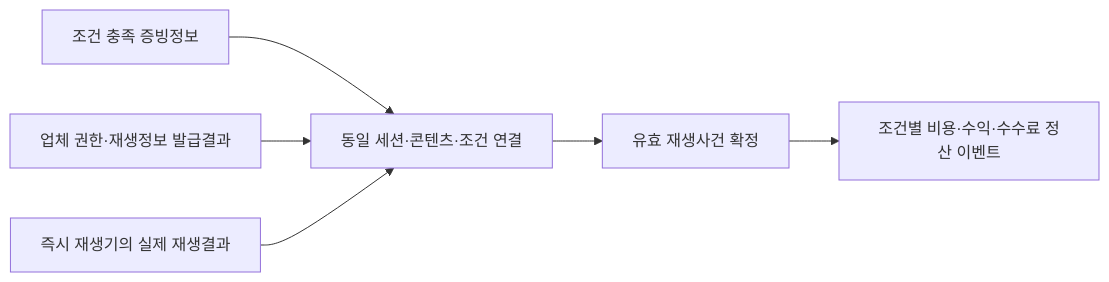
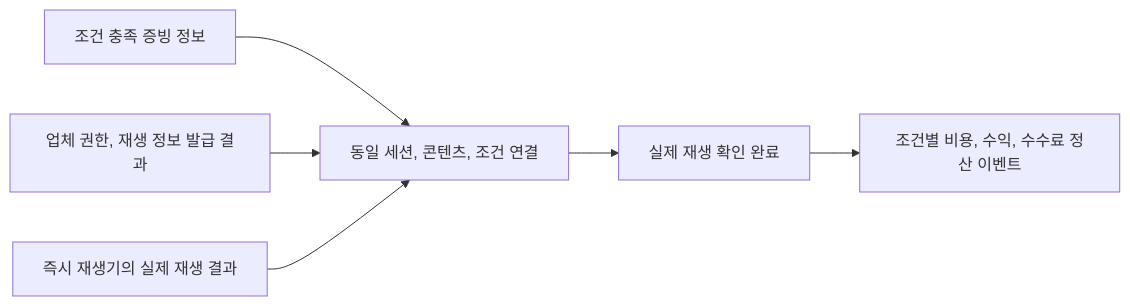
One commit to growdai1y/instant-play changed the fifth of 11 diagrams in instant_play_직무발명서.md. Above: the diagram before and after it, drawn with Mermaid. The commit also changed other lines of this file, not shown here.

Commit message:
Polish invention disclosure wording and diagrams

````diff
--- a/instant_play_직무발명서.md
+++ b/instant_play_직무발명서.md
@@ -816,8 +972,8 @@
 ```mermaid
 flowchart LR
-    A["조건 충족 증빙정보"] --> D["동일 세션·콘텐츠·조건 연결"]
-    B["업체 권한·재생정보 발급결과"] --> D
-    C["즉시 재생기의 실제 재생결과"] --> D
-    D --> E["유효 재생사건 확정"]
-    E --> F["조건별 비용·수익·수수료 정산 이벤트"]
+    A["조건 충족 증빙 정보"] --> D["동일 세션, 콘텐츠, 조건 연결"]
+    B["업체 권한, 재생 정보 발급 결과"] --> D
+    C["즉시 재생기의 실제 재생 결과"] --> D
+    D --> E["실제 재생 확인 완료"]
+    E --> F["조건별 비용, 수익, 수수료 정산 이벤트"]
 ```
````
